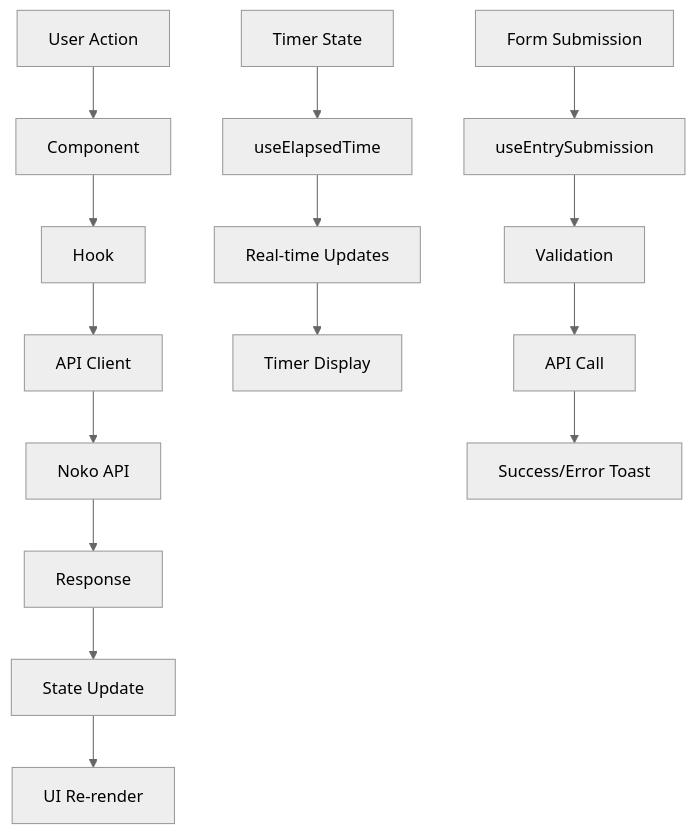
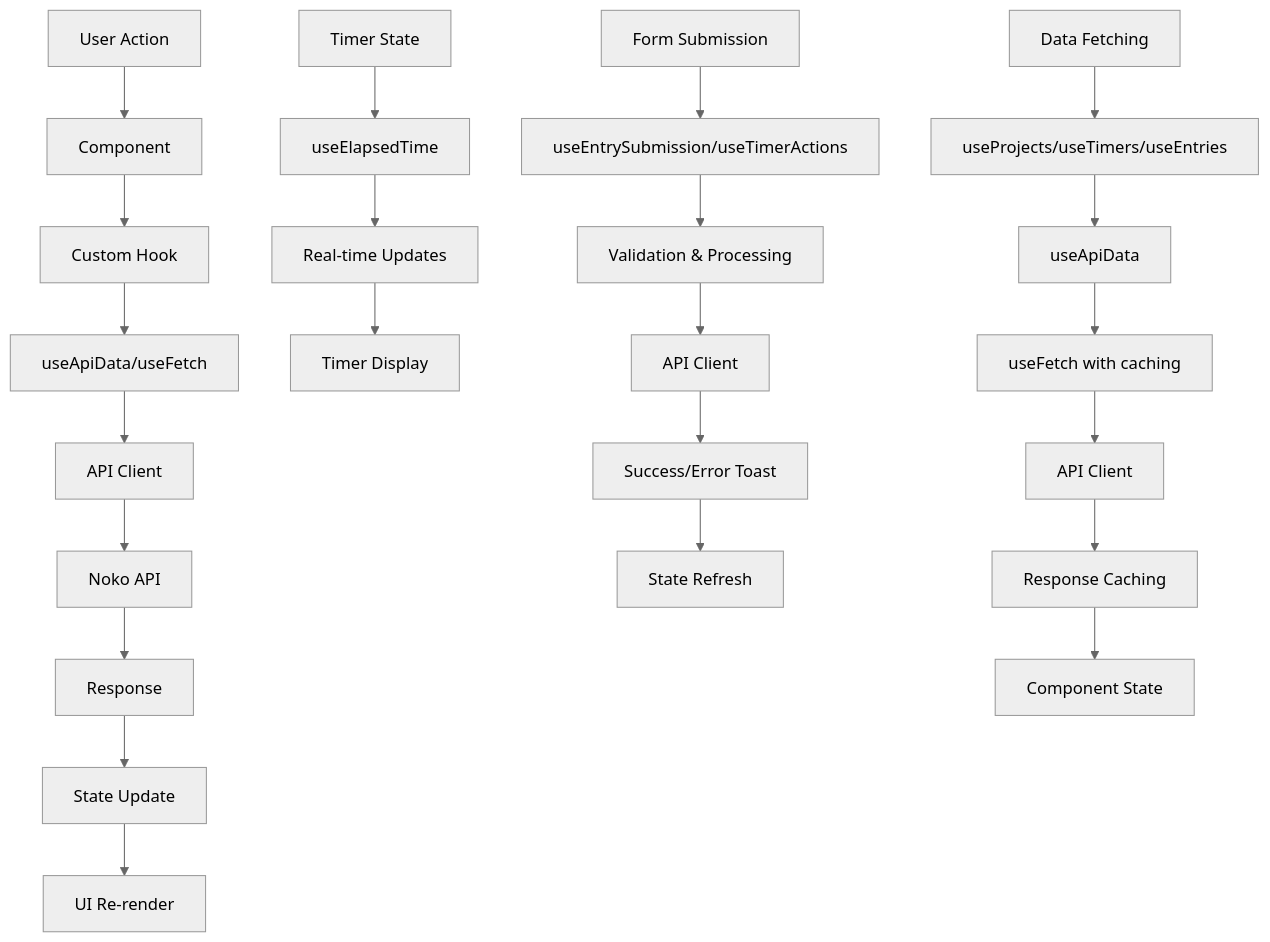
One commit to JuanVqz/noko-for-raycast changed the diagram in README.md. Above: the diagram before and after it, drawn with Mermaid (neutral theme). The commit also changed other lines of this file and 2 other files, not shown here.

First line of the commit message:
docs: update architecture documentation and add MIT license (#20)

````diff
--- a/README.md
+++ b/README.md
@@ -72,19 +72,28 @@
 ```mermaid
 graph TD
     A[User Action] --> B[Component]
-    B --> C[Hook]
-    C --> D[API Client]
-    D --> E[Noko API]
-    E --> F[Response]
-    F --> G[State Update]
-    G --> H[UI Re-render]
+    B --> C[Custom Hook]
+    C --> D[useApiData/useFetch]
+    D --> E[API Client]
+    E --> F[Noko API]
+    F --> G[Response]
+    G --> H[State Update]
+    H --> I[UI Re-render]
 
-    I[Timer State] --> J[useElapsedTime]
-    J --> K[Real-time Updates]
-    K --> L[Timer Display]
+    J[Timer State] --> K[useElapsedTime]
+    K --> L[Real-time Updates]
+    L --> M[Timer Display]
 
-    M[Form Submission] --> N[useEntrySubmission]
-    N --> O[Validation]
-    O --> P[API Call]
-    P --> Q[Success/Error Toast]
+    N[Form Submission] --> O[useEntrySubmission/useTimerActions]
+    O --> P[Validation & Processing]
+    P --> Q[API Client]
+    Q --> R[Success/Error Toast]
+    R --> S[State Refresh]
+
+    T[Data Fetching] --> U[useProjects/useTimers/useEntries]
+    U --> V[useApiData]
+    V --> W[useFetch with caching]
+    W --> X[API Client]
+    X --> Y[Response Caching]
+    Y --> Z[Component State]
 ```
````
